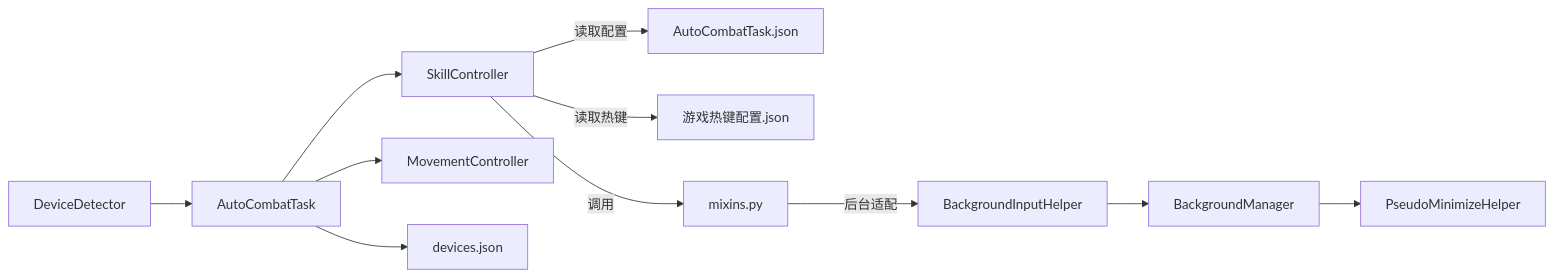
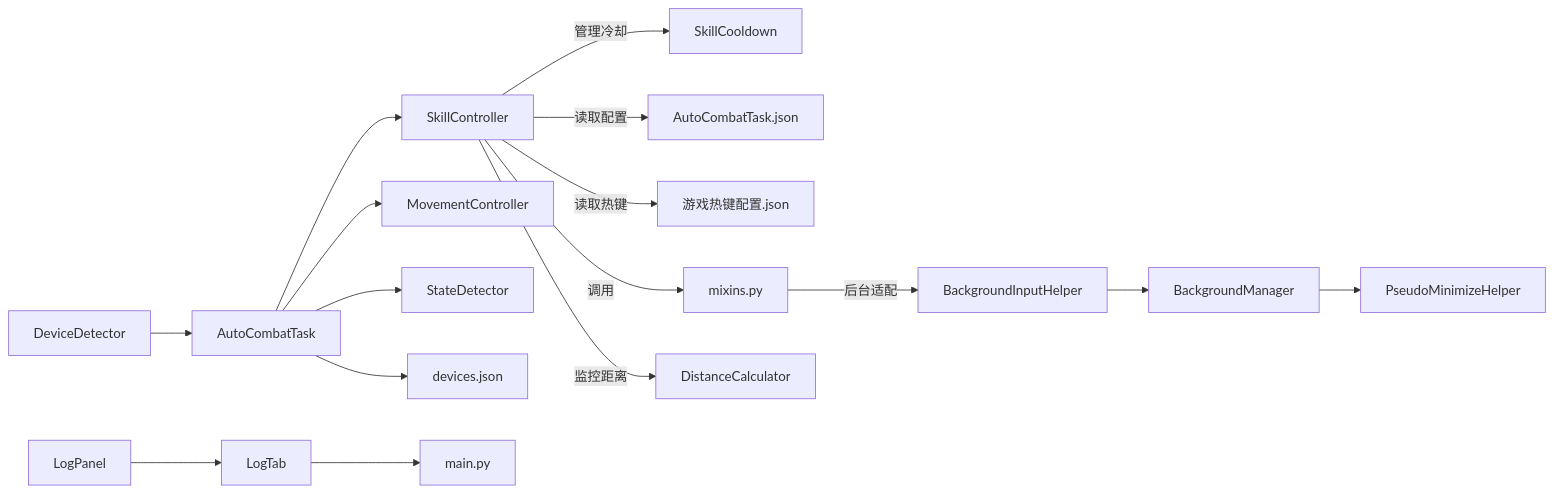
Before and after one commit to xsy098-max/ok-jump: the eighth of 8 diagrams in .qoder/repowiki/zh/content/战斗系统/技能控制器.md, drawn with Mermaid. The commit also changed other lines of this file and 73 other files, not shown here.

````diff
--- a/.qoder/repowiki/zh/content/战斗系统/技能控制器.md
+++ b/.qoder/repowiki/zh/content/战斗系统/技能控制器.md
@@ -272,13 +908,18 @@
 ```mermaid
 graph LR
-SC["SkillController"] --> |读取配置| AC["AutoCombatTask.json"]
+SC["SkillController"] --> |管理冷却| COOLDOWN["SkillCooldown"]
+SC --> |读取配置| AC["AutoCombatTask.json"]
 SC --> |读取热键| HK["游戏热键配置.json"]
 SC --> |调用| Mix["mixins.py"]
+SC --> |监控距离| DC["DistanceCalculator"]
 Mix --> |后台适配| BIH["BackgroundInputHelper"]
 BIH --> BM["BackgroundManager"]
 BM --> PMH["PseudoMinimizeHelper"]
 ACT["AutoCombatTask"] --> SC
 ACT --> MC["MovementController"]
+ACT --> SD["StateDetector"]
 DD["DeviceDetector"] --> ACT
 ACT --> DEV["devices.json"]
+LP["LogPanel"] --> LT["LogTab"]
+LT --> MAIN["main.py"]
 ```
````
